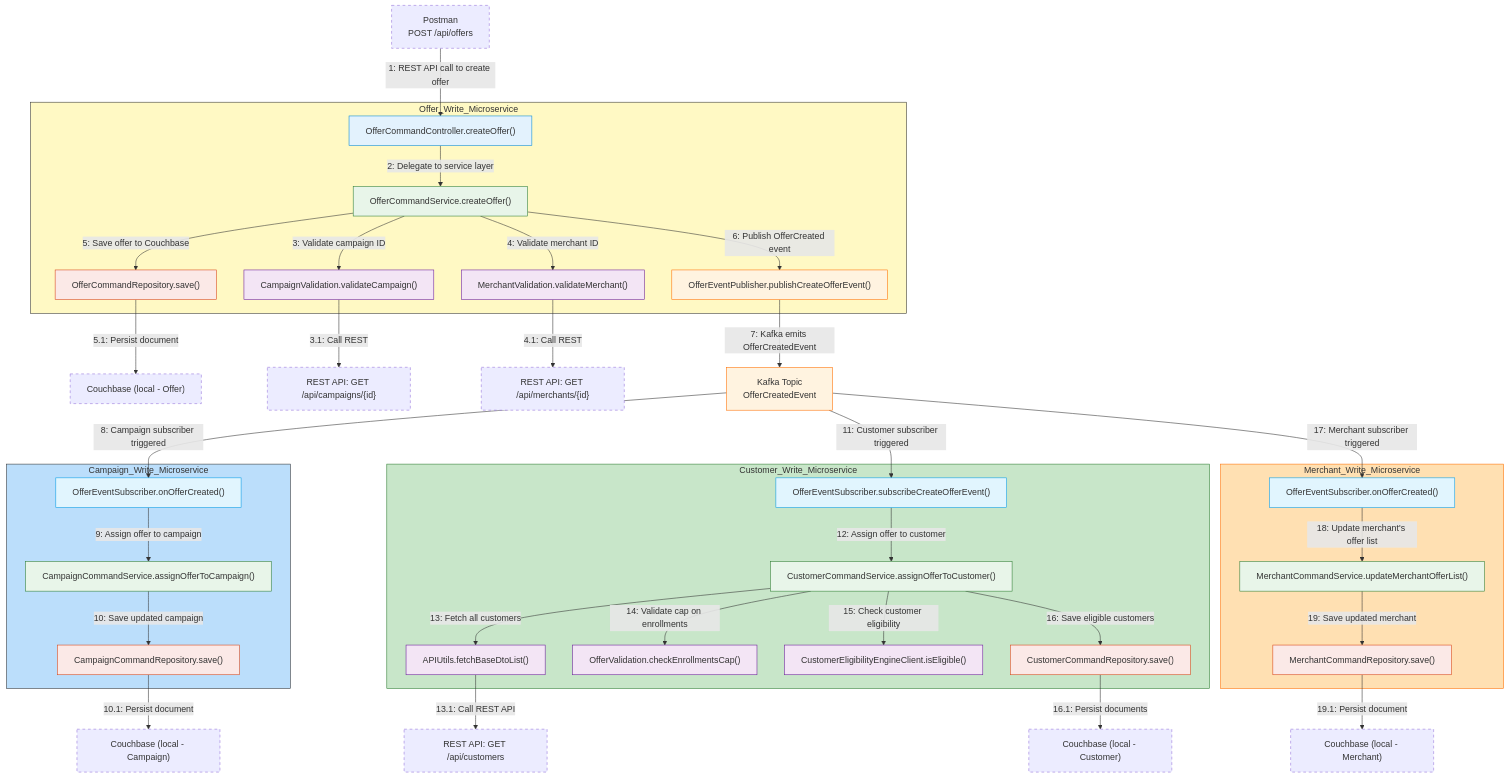
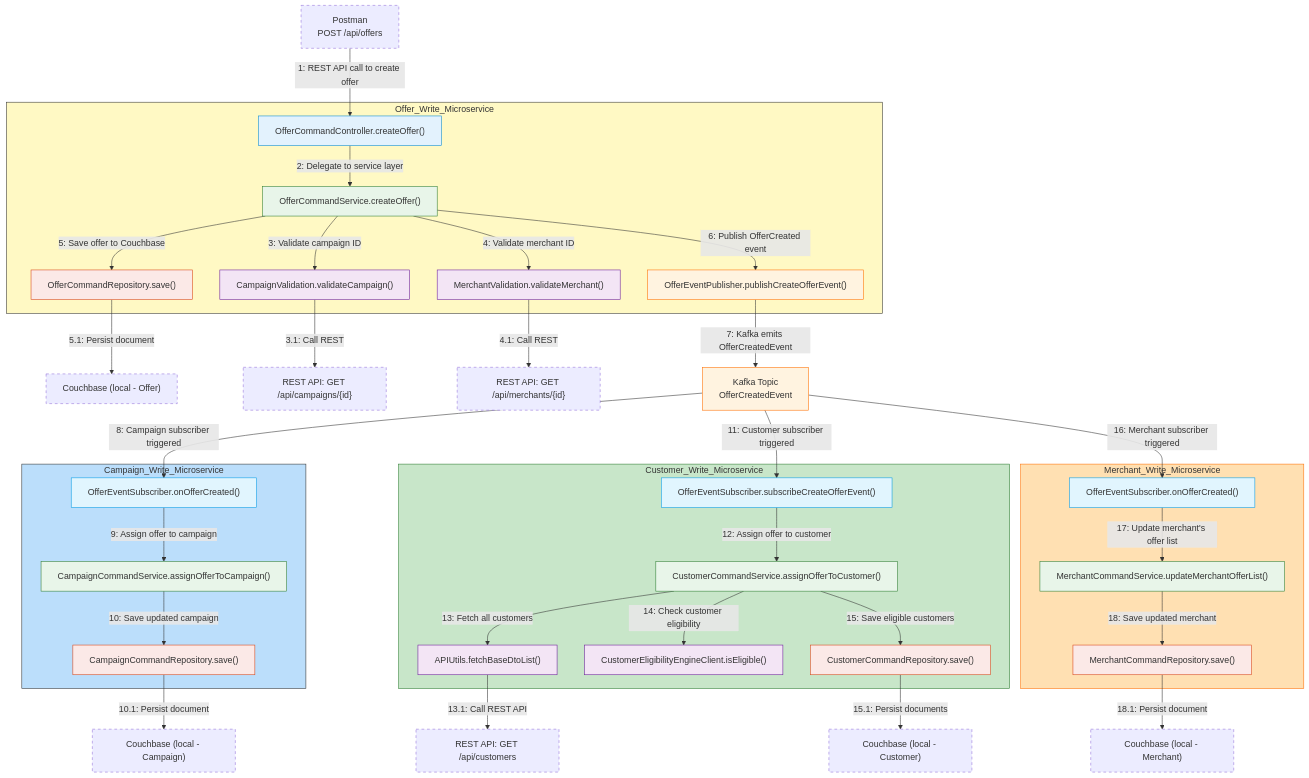
Before and after one commit to aakashkumar1980/apps-microservices: the diagram in _readme_assets/offer_create.mmd, drawn with Mermaid.

```diff
--- a/_readme_assets/offer_create.mmd
+++ b/_readme_assets/offer_create.mmd
@@ -1,98 +1,96 @@
 flowchart TD
 
 %% External API Client
     POSTMAN["Postman<br>POST /api/offers"]:::external
 
 %% Couchbase Instances (Externalized)
     ODB["Couchbase (local - Offer)"]:::external
     CDB["Couchbase (local - Campaign)"]:::external
     CUDB["Couchbase (local - Customer)"]:::external
     MDB["Couchbase (local - Merchant)"]:::external
 
 %% External REST APIs
     CUSREST["REST API: GET /api/customers"]:::external
     CAMPAIGNREST["REST API: GET /api/campaigns/{id}"]:::external
     MERCHANTREST["REST API: GET /api/merchants/{id}"]:::external
 
 %% Offer Write Microservice
     subgraph Offer_Write_Microservice
         style Offer_Write_Microservice fill:#FFF9C4,stroke:#333,stroke-width:1px
         OCC["OfferCommandController.createOffer()"]:::controller
         OCS["OfferCommandService.createOffer()"]:::service
         VAL_CAM["CampaignValidation.validateCampaign()"]:::util
         VAL_MER["MerchantValidation.validateMerchant()"]:::util
         OCR["OfferCommandRepository.save()"]:::repository
         OEP["OfferEventPublisher.publishCreateOfferEvent()"]:::event
     end
 
 %% Kafka Topic
     KafkaTopic["Kafka Topic<br>OfferCreatedEvent"]:::event
 
 %% Campaign Write Microservice
     subgraph Campaign_Write_Microservice
         style Campaign_Write_Microservice fill:#BBDEFB,stroke:#333,stroke-width:1px
         CES["OfferEventSubscriber.onOfferCreated()"]:::subscriber
         CCS["CampaignCommandService.assignOfferToCampaign()"]:::service
         CCR["CampaignCommandRepository.save()"]:::repository
     end
 
 %% Customer Write Microservice
     subgraph Customer_Write_Microservice
         style Customer_Write_Microservice fill:#C8E6C9,stroke:#2E7D32,stroke-width:1px
         CUSUB["OfferEventSubscriber.subscribeCreateOfferEvent()"]:::subscriber
         CUSVC["CustomerCommandService.assignOfferToCustomer()"]:::service
         APIU_C["APIUtils.fetchBaseDtoList()"]:::util
-        VAL_CAP["OfferValidation.checkEnrollmentsCap()"]:::util
         ELIG["CustomerEligibilityEngineClient.isEligible()"]:::util
         CUREPO["CustomerCommandRepository.save()"]:::repository
     end
 
 %% Merchant Write Microservice
     subgraph Merchant_Write_Microservice
         style Merchant_Write_Microservice fill:#FFE0B2,stroke:#FF6F00,stroke-width:1px
         MESUB["OfferEventSubscriber.onOfferCreated()"]:::subscriber
         MSVC["MerchantCommandService.updateMerchantOfferList()"]:::service
         MREPO["MerchantCommandRepository.save()"]:::repository
     end
 
 %% Arrows with colon-numbering
     POSTMAN -->|1: REST API call to create offer| OCC
     OCC -->|2: Delegate to service layer| OCS
     OCS -->|3: Validate campaign ID| VAL_CAM
     VAL_CAM -->|3.1: Call REST| CAMPAIGNREST
 
     OCS -->|4: Validate merchant ID| VAL_MER
     VAL_MER -->|4.1: Call REST| MERCHANTREST
 
     OCS -->|5: Save offer to Couchbase| OCR
     OCR -->|5.1: Persist document| ODB
     OCS -->|6: Publish OfferCreated event| OEP
     OEP -->|7: Kafka emits OfferCreatedEvent| KafkaTopic
 
     KafkaTopic -->|8: Campaign subscriber triggered| CES
     CES -->|9: Assign offer to campaign| CCS
     CCS -->|10: Save updated campaign| CCR
     CCR -->|10.1: Persist document| CDB
 
     KafkaTopic -->|11: Customer subscriber triggered| CUSUB
     CUSUB -->|12: Assign offer to customer| CUSVC
     CUSVC -->|13: Fetch all customers| APIU_C
     APIU_C -->|13.1: Call REST API| CUSREST
-    CUSVC -->|14: Validate cap on enrollments| VAL_CAP
-    CUSVC -->|15: Check customer eligibility| ELIG
-    CUSVC -->|16: Save eligible customers| CUREPO
-    CUREPO -->|16.1: Persist documents| CUDB
+    CUSVC -->|14: Check customer eligibility| ELIG
+    CUSVC -->|15: Save eligible customers| CUREPO
+    CUREPO -->|15.1: Persist documents| CUDB
 
-    KafkaTopic -->|17: Merchant subscriber triggered| MESUB
-    MESUB -->|18: Update merchant's offer list| MSVC
-    MSVC -->|19: Save updated merchant| MREPO
-    MREPO -->|19.1: Persist document| MDB
+    KafkaTopic -->|16: Merchant subscriber triggered| MESUB
+    MESUB -->|17: Update merchant's offer list| MSVC
+    MSVC -->|18: Save updated merchant| MREPO
+    MREPO -->|18.1: Persist document| MDB
 
 %% Styling
     classDef controller fill:#E3F2FD,stroke:#0288D1,stroke-width:1px;
     classDef service fill:#E8F5E9,stroke:#2E7D32,stroke-width:1px;
     classDef repository fill:#FBE9E7,stroke:#D84315,stroke-width:1px;
     classDef util fill:#F3E5F5,stroke:#6A1B9A,stroke-width:1px;
     classDef event fill:#FFF3E0,stroke:#FF6F00,stroke-width:1px;
     classDef subscriber fill:#E1F5FE,stroke:#039BE5,stroke-width:1px;
     classDef external stroke-dasharray: 5 5;
```
